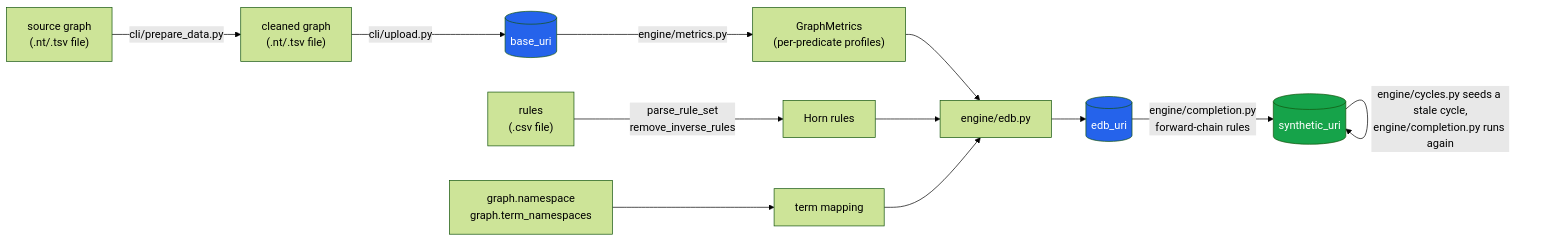
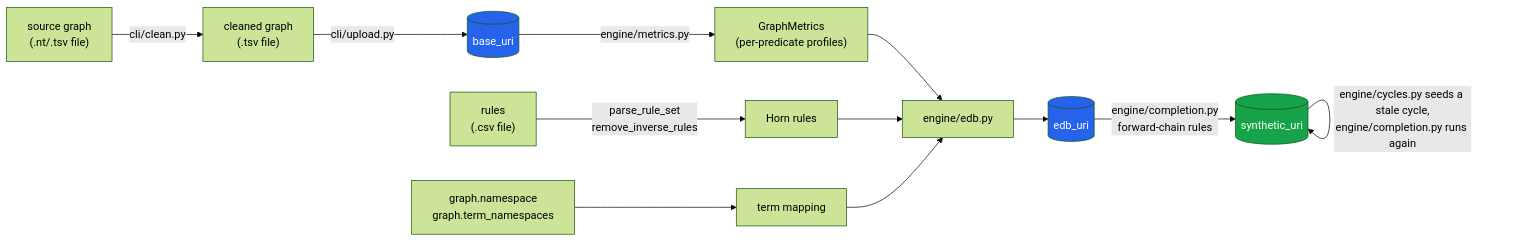
The first of 2 diagrams in docs/architecture.md (DavidGomez00/synthetic-knowledge-graph-generator), drawn with Mermaid (forest theme) before and after one commit. The commit also changed other lines of this file and 7 other files, not shown here.

First line of the commit message:
Rename cli/prepare_data.py to cli/clean.py and write only a .tsv

````diff
--- a/docs/architecture.md
+++ b/docs/architecture.md
@@ -9,19 +9,19 @@
 ```mermaid
 flowchart LR
-    RAW["source graph<br/>(.nt/.tsv file)"] -->|cli/prepare_data.py| NT["cleaned graph<br/>(.nt/.tsv file)"]
+    RAW["source graph<br/>(.nt/.tsv file)"] -->|cli/clean.py| NT["cleaned graph<br/>(.tsv file)"]
     NT -->|cli/upload.py| BASE[("base_uri")]
     NS["graph.namespace<br/>graph.term_namespaces"] --> TERM["term mapping"]
     RULES["rules<br/>(.csv file)"] -->|"parse_rule_set<br/>remove_inverse_rules"| HORN["Horn rules"]
 
     BASE -->|engine/metrics.py| METRICS["GraphMetrics<br/>(per-predicate profiles)"]
 
     METRICS & HORN & TERM --> EDBGEN["engine/edb.py"]
     EDBGEN --> EDB[("edb_uri")]
 
     EDB -->|"engine/completion.py<br/>forward-chain rules"| SYN[("synthetic_uri")]
     SYN -->|"engine/cycles.py seeds a stale cycle,<br/>engine/completion.py runs again"| SYN
 
     style BASE fill:#2563eb,color:#fff
     style EDB fill:#2563eb,color:#fff
     style SYN fill:#16a34a,color:#fff
 ```
````
